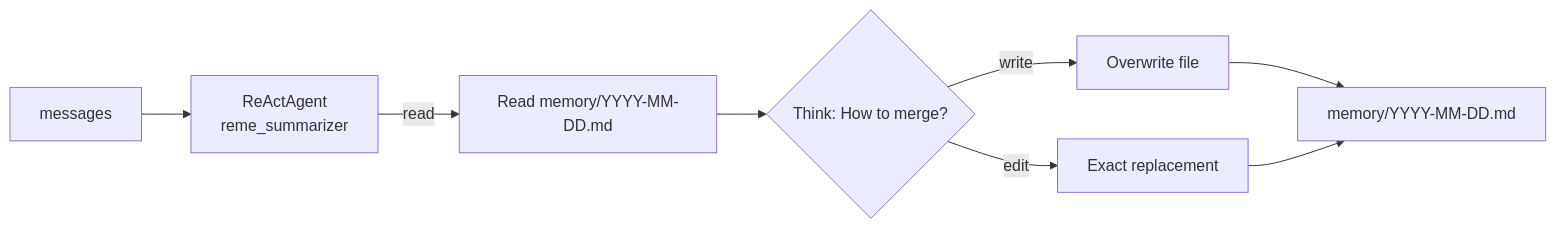
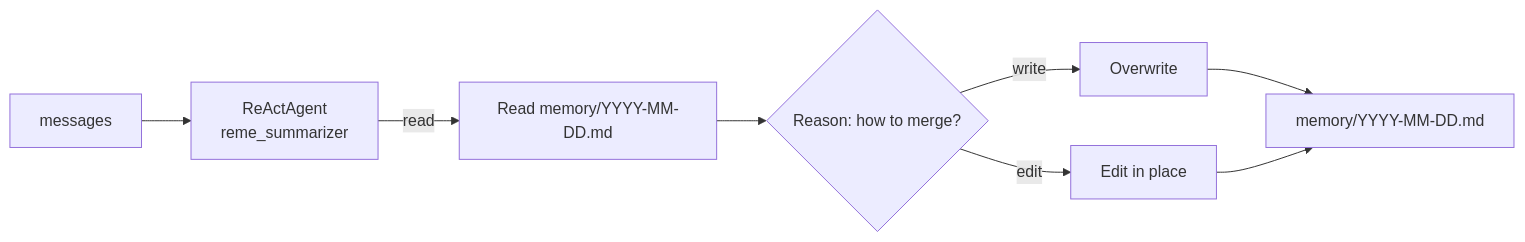
Before and after one commit to agentscope-ai/ReMe: the fourth of 9 diagrams in README.md, drawn with Mermaid. The commit also changed other lines of this file and 1 other file, not shown here.

````diff
--- a/README.md
+++ b/README.md
@@ -250,10 +250,10 @@
 ```mermaid
 graph LR
     M[messages] --> A[ReActAgent<br>reme_summarizer]
     A -->|read| R[Read memory/YYYY-MM-DD.md]
-    R --> T{Think: How to merge?}
-    T -->|write| W[Overwrite file]
-    T -->|edit| E[Exact replacement]
+    R --> T{Reason: how to merge?}
+    T -->|write| W[Overwrite]
+    T -->|edit| E[Edit in place]
     W --> F[memory/YYYY-MM-DD.md]
     E --> F
 ```
````
